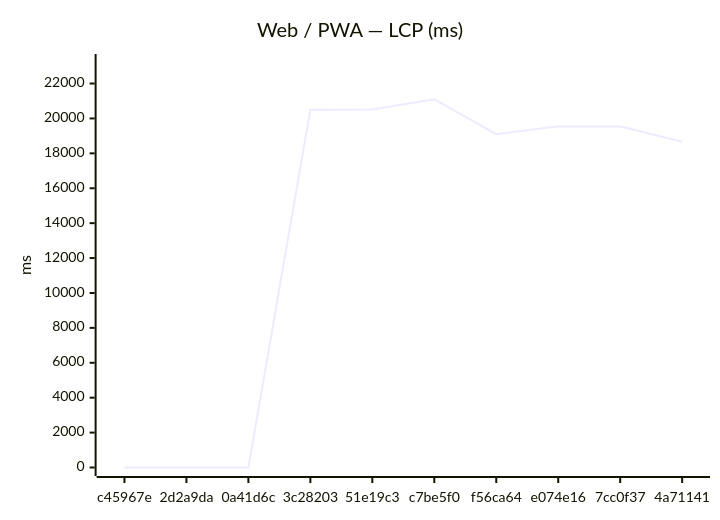
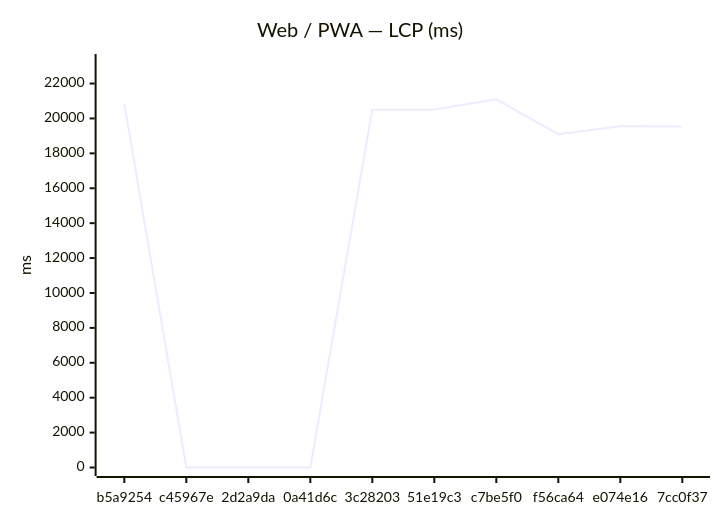
The first of 18 diagrams in benchmarks/compare.md (Metaheurist/Rianell), drawn with Mermaid before and after one commit. The commit also changed other lines of this file and 11 other files, not shown here.

````diff
--- a/benchmarks/compare.md
+++ b/benchmarks/compare.md
@@ -24,7 +24,7 @@
 ```mermaid
 xychart-beta
     title "Web / PWA — LCP (ms)"
-    x-axis ["c45967e", "2d2a9da", "0a41d6c", "3c28203", "51e19c3", "c7be5f0", "f56ca64", "e074e16", "7cc0f37", "4a71141"]
+    x-axis ["b5a9254", "c45967e", "2d2a9da", "0a41d6c", "3c28203", "51e19c3", "c7be5f0", "f56ca64", "e074e16", "7cc0f37"]
     y-axis "ms" 0 --> 23205
-    line [0, 0, 0, 20503, 20509, 21095, 19101, 19549, 19542, 18663]
+    line [20837, 0, 0, 0, 20503, 20509, 21095, 19101, 19549, 19542]
 ```
````
